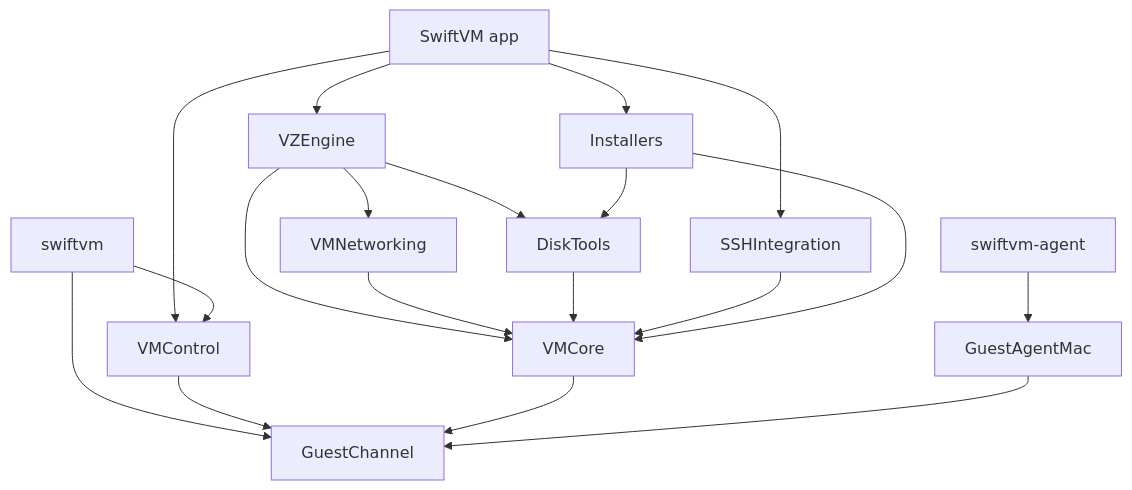
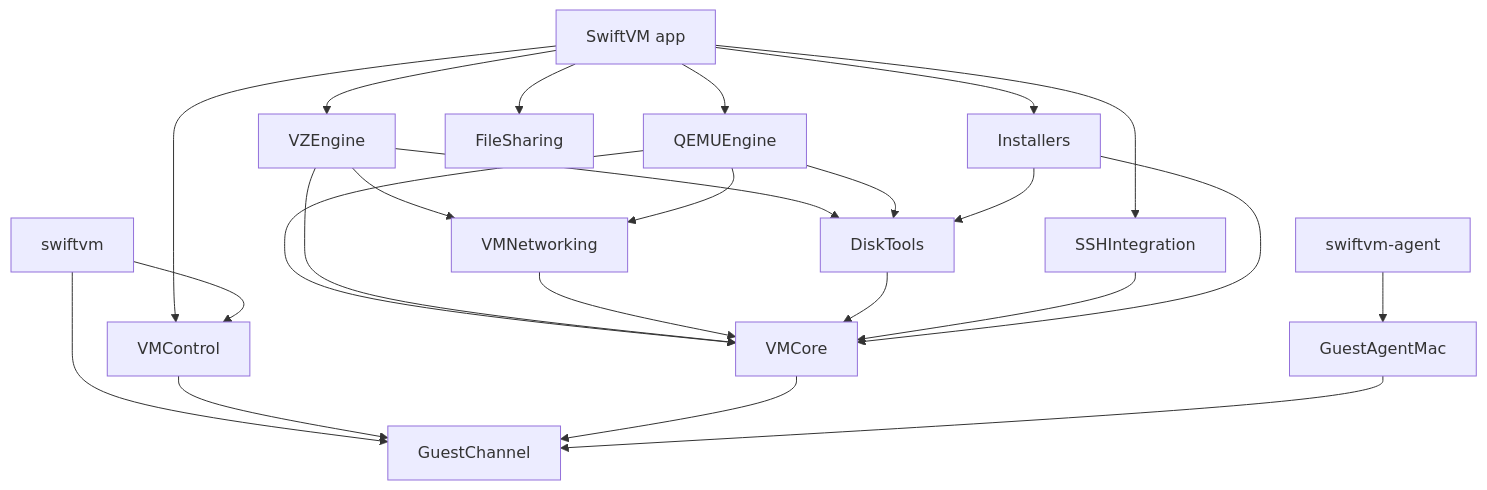
Before and after one commit to swiftvm-app/swiftvm: the first of 5 diagrams in docs/tech/architecture.md, drawn with Mermaid. The commit also changed other lines of this file and 75 other files, not shown here.

````diff
--- a/docs/tech/architecture.md
+++ b/docs/tech/architecture.md
@@ -23,21 +24,26 @@
 ```mermaid
 flowchart TB
     APP["SwiftVM app"] --> VZ["VZEngine"]
+    APP --> QEMU["QEMUEngine"]
+    APP --> SHARING["FileSharing"]
     APP --> INSTALLERS["Installers"]
     APP --> SSH["SSHIntegration"]
     APP --> CONTROL["VMControl"]
     CLI["swiftvm"] --> CONTROL
     CLI --> CHANNEL
     CONTROL --> CHANNEL
     VZ --> NETWORKING["VMNetworking"]
     VZ --> DISK["DiskTools"]
+    QEMU --> NETWORKING
+    QEMU --> DISK
+    QEMU --> CORE
     INSTALLERS --> DISK
     VZ --> CORE["VMCore"]
     NETWORKING --> CORE
     DISK --> CORE
     SSH --> CORE
     INSTALLERS --> CORE
     CORE --> CHANNEL["GuestChannel"]
     AGENT["swiftvm-agent"] --> AGENTMAC["GuestAgentMac"]
     AGENTMAC --> CHANNEL
 ```
````
